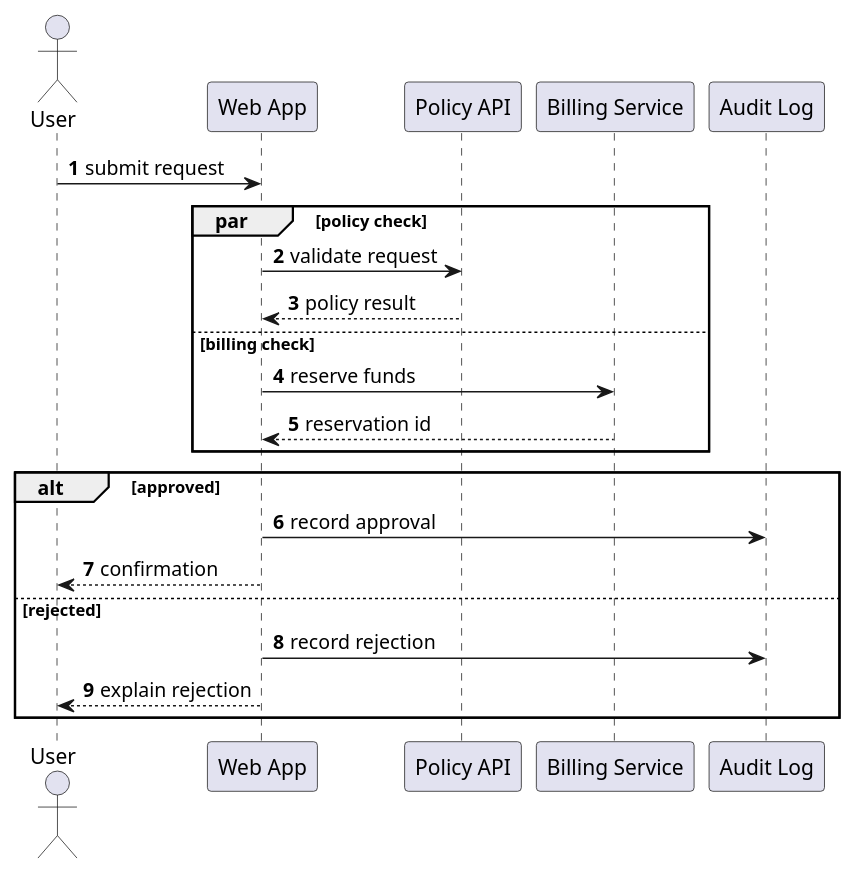
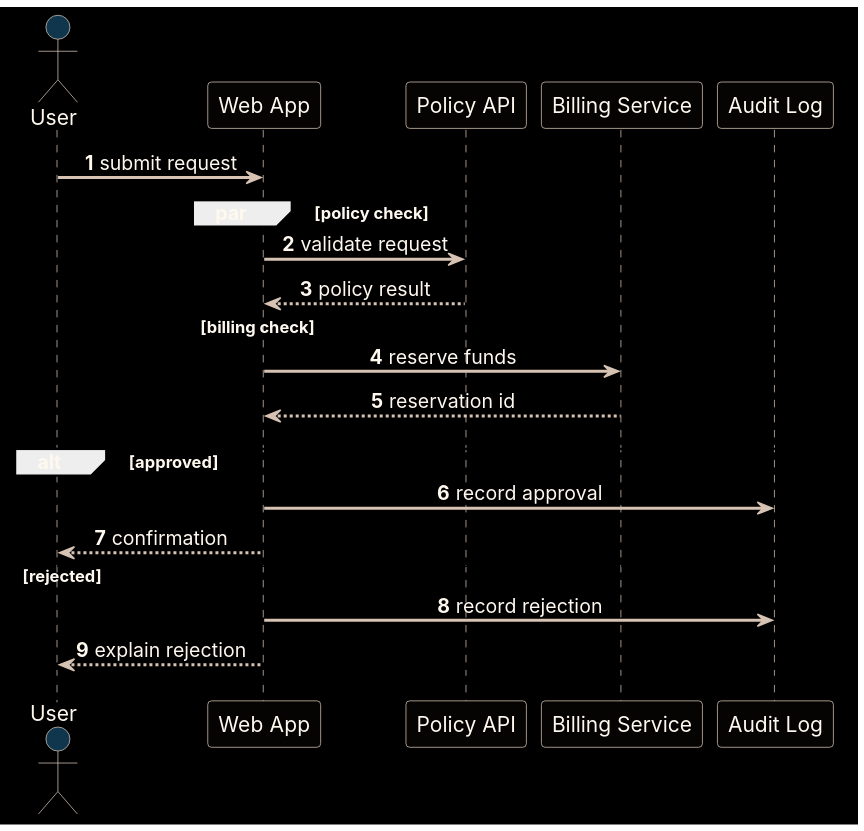
One commit to Omegapy/plantuml-ai-skill changed the seventh of 8 diagrams in .agents/skills/plantuml-diagram/references/examples.md. Above: the diagram before and after it, drawn with PlantUML. The commit also changed other lines of this file and 25 other files, not shown here.

Commit message:
Harden AEther PlantUML render palette

````diff
--- a/.agents/skills/plantuml-diagram/references/examples.md
+++ b/.agents/skills/plantuml-diagram/references/examples.md
@@ -103,25 +205,43 @@
 ```plantuml
 @startuml
+skinparam backgroundColor #000000
+skinparam shadowing false
+skinparam defaultFontName Inter
+skinparam defaultFontColor #fff8ef
+skinparam ArrowColor #d6c3b4
+skinparam ArrowFontColor #fff8ef
+skinparam ArrowHeadColor #d6c3b4
+skinparam ArrowThickness 2
+skinparam DefaultTextAlignment center
+skinparam ParticipantBackgroundColor #050403
+skinparam ParticipantBorderColor #d6c3b4
+skinparam ParticipantFontColor #fff8ef
+skinparam ActorBackgroundColor #0f364d
+skinparam ActorBorderColor #d6c3b4
+skinparam ActorFontColor #fff8ef
+skinparam SequenceLifeLineBorderColor #d6c3b4
+skinparam SequenceLifeLineBorderThickness 1
+skinparam SequenceArrowThickness 2
 actor User
 participant "Web App" as Web
 participant "Policy API" as Policy
 participant "Billing Service" as Billing
 participant "Audit Log" as Audit
 autonumber
 User -> Web: submit request
 par policy check
   Web -> Policy: validate request
   Policy --> Web: policy result
 else billing check
   Web -> Billing: reserve funds
   Billing --> Web: reservation id
 end
 alt approved
   Web -> Audit: record approval
   Web --> User: confirmation
 else rejected
   Web -> Audit: record rejection
   Web --> User: explain rejection
 end
 @enduml
 ```
````
